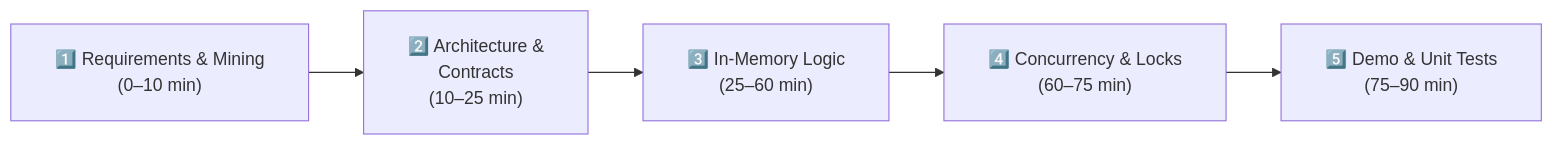
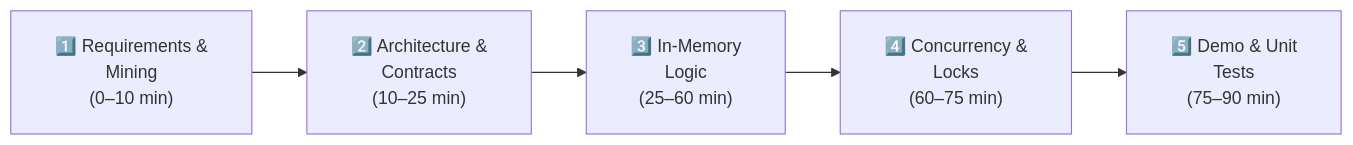
Before and after one commit to dip4k/DSA_102: the first of 3 diagrams in LLD/00_Core_Concepts/10_Interview_Quick_Reference_and_Checklists.md, drawn with Mermaid. The commit also changed other lines of this file and 106 other files, not shown here.

First line of the commit message:
fix(mermaid): prevent text clipping with foreignObject overflow and tighter line wrapping

````diff
--- a/LLD/00_Core_Concepts/10_Interview_Quick_Reference_and_Checklists.md
+++ b/LLD/00_Core_Concepts/10_Interview_Quick_Reference_and_Checklists.md
@@ -23,8 +23,8 @@
 ```mermaid
-%%{init: {"flowchart": {"htmlLabels": true, "padding": 20}}}%%
+%%{init: {"flowchart": {"htmlLabels": true, "padding": 20}, "themeCSS": "foreignObject { overflow: visible !important; }"}}%%
 flowchart LR
-    S1["1️⃣ Requirements & Mining<br/>(0–10 min)"] --> S2["2️⃣ Architecture &<br/>Contracts<br/>(10–25 min)"]
-    S2 --> S3["3️⃣ In-Memory Logic<br/>(25–60 min)"]
-    S3 --> S4["4️⃣ Concurrency & Locks<br/>(60–75 min)"]
-    S4 --> S5["5️⃣ Demo & Unit Tests<br/>(75–90 min)"]
+    S1["1️⃣ Requirements &<br/>Mining<br/>(0–10 min)"] --> S2["2️⃣ Architecture &<br/>Contracts<br/>(10–25 min)"]
+    S2 --> S3["3️⃣ In-Memory<br/>Logic<br/>(25–60 min)"]
+    S3 --> S4["4️⃣ Concurrency &<br/>Locks<br/>(60–75 min)"]
+    S4 --> S5["5️⃣ Demo & Unit<br/>Tests<br/>(75–90 min)"]
 ```
````
